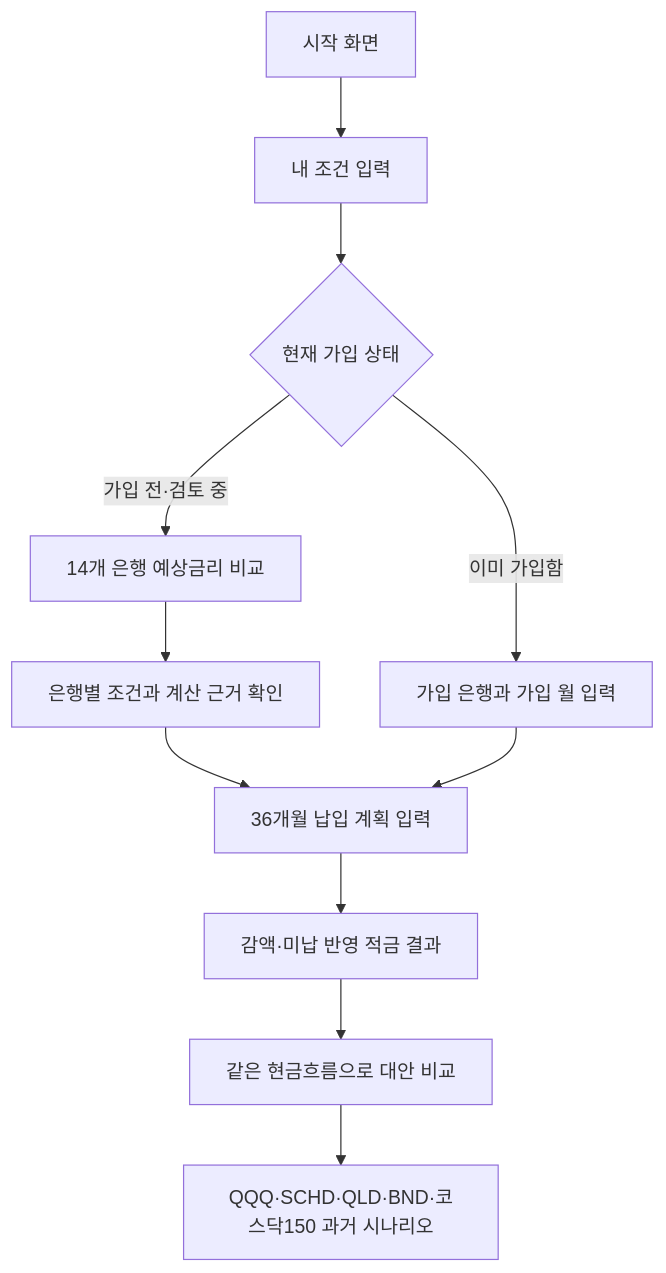
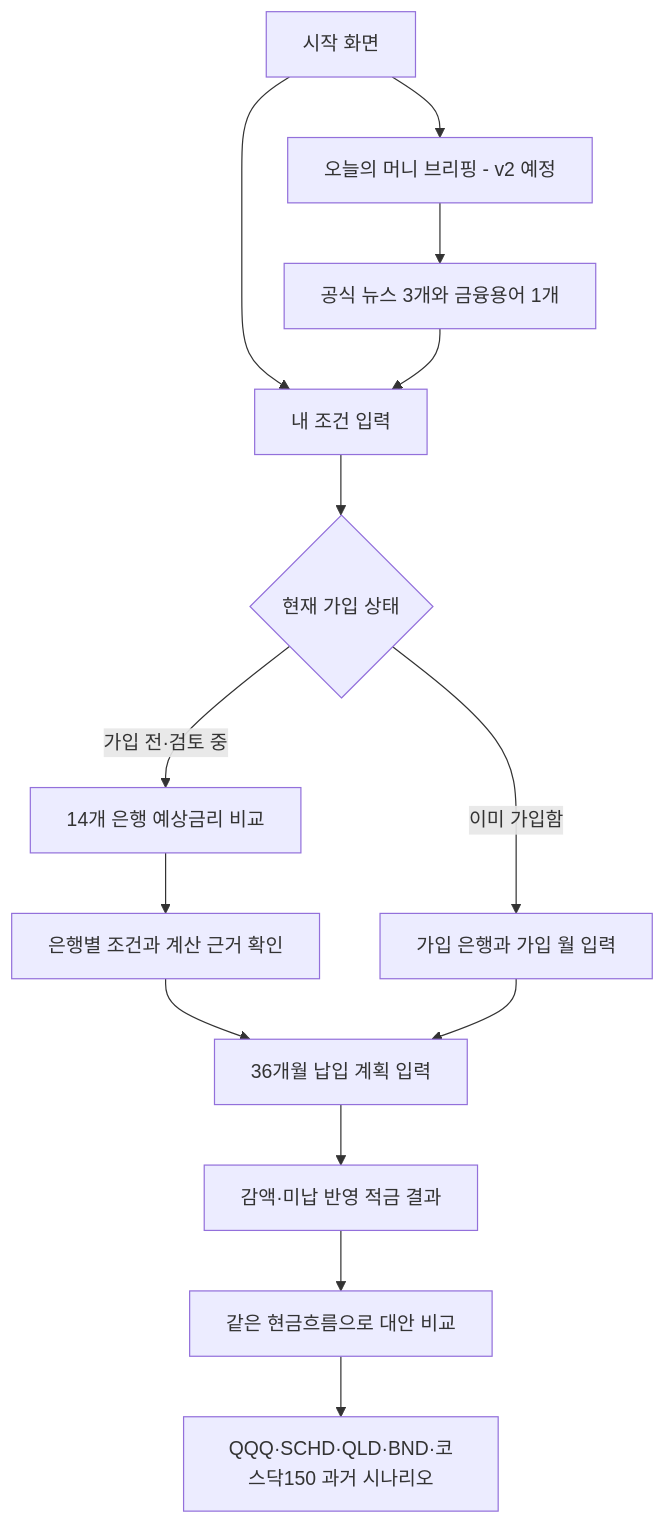
Before and after one commit to geonwoong-lee/formymoney: the diagram in README.md, drawn with Mermaid. The commit also changed other lines of this file and 6 other files, not shown here.

````diff
--- a/README.md
+++ b/README.md
@@ -25,13 +25,16 @@
 ```mermaid
 flowchart TD
     A[시작 화면] --> B[내 조건 입력]
+    A --> K[오늘의 머니 브리핑 - v2 예정]
+    K --> L[공식 뉴스 3개와 금융용어 1개]
+    L --> B
     B --> C{현재 가입 상태}
     C -->|가입 전·검토 중| D[14개 은행 예상금리 비교]
     D --> E[은행별 조건과 계산 근거 확인]
     E --> F[36개월 납입 계획 입력]
     C -->|이미 가입함| G[가입 은행과 가입 월 입력]
     G --> F
     F --> H[감액·미납 반영 적금 결과]
     H --> I[같은 현금흐름으로 대안 비교]
     I --> J[QQQ·SCHD·QLD·BND·코스닥150 과거 시나리오]
 ```
````
